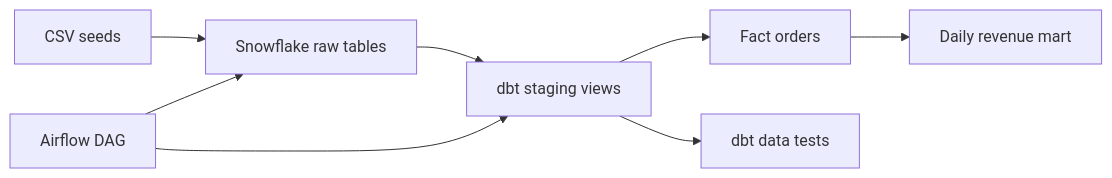
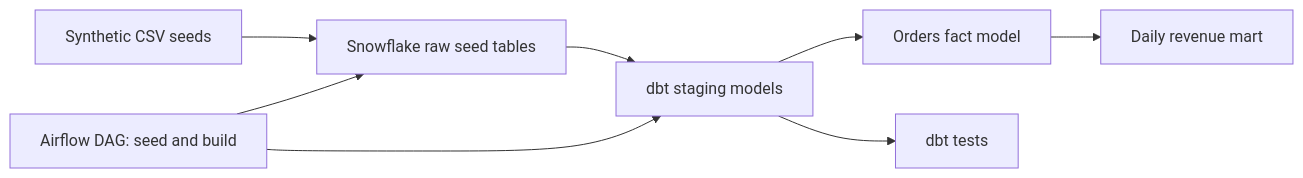
Before and after one commit to gparthee/modern-data-pipeline: the diagram in README.md, drawn with Mermaid. The commit also changed other lines of this file, not shown here.

Commit message:
Refine recruiter-friendly documentation with verified synthetic results

````diff
--- a/README.md
+++ b/README.md
@@ -9,10 +12,10 @@
 ```mermaid
 flowchart LR
-  A[CSV seeds] --> B[Snowflake raw tables]
-  B --> C[dbt staging views]
-  C --> D[Fact orders]
+  A[Synthetic CSV seeds] --> B[Snowflake raw seed tables]
+  B --> C[dbt staging models]
+  C --> D[Orders fact model]
   D --> E[Daily revenue mart]
-  F[Airflow DAG] --> B
+  F[Airflow DAG: seed and build] --> B
   F --> C
-  C --> G[dbt data tests]
+  C --> G[dbt tests]
 ```
````
